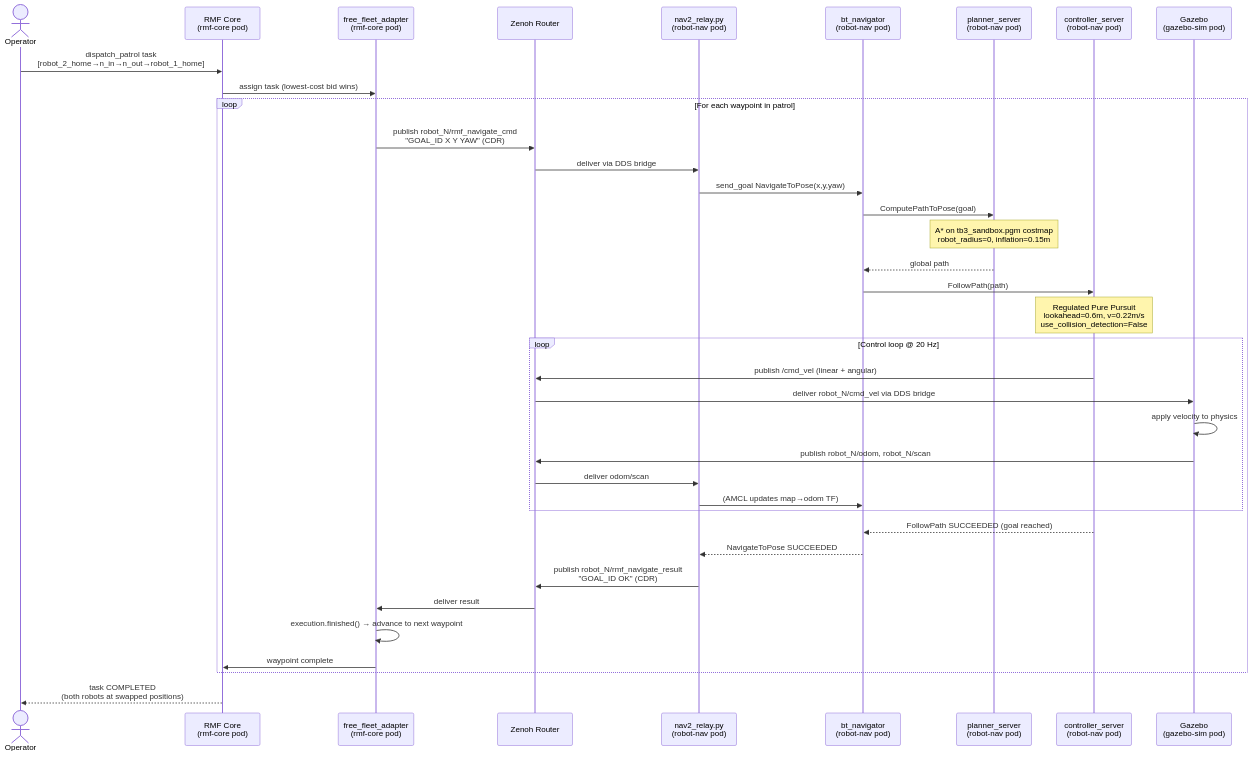
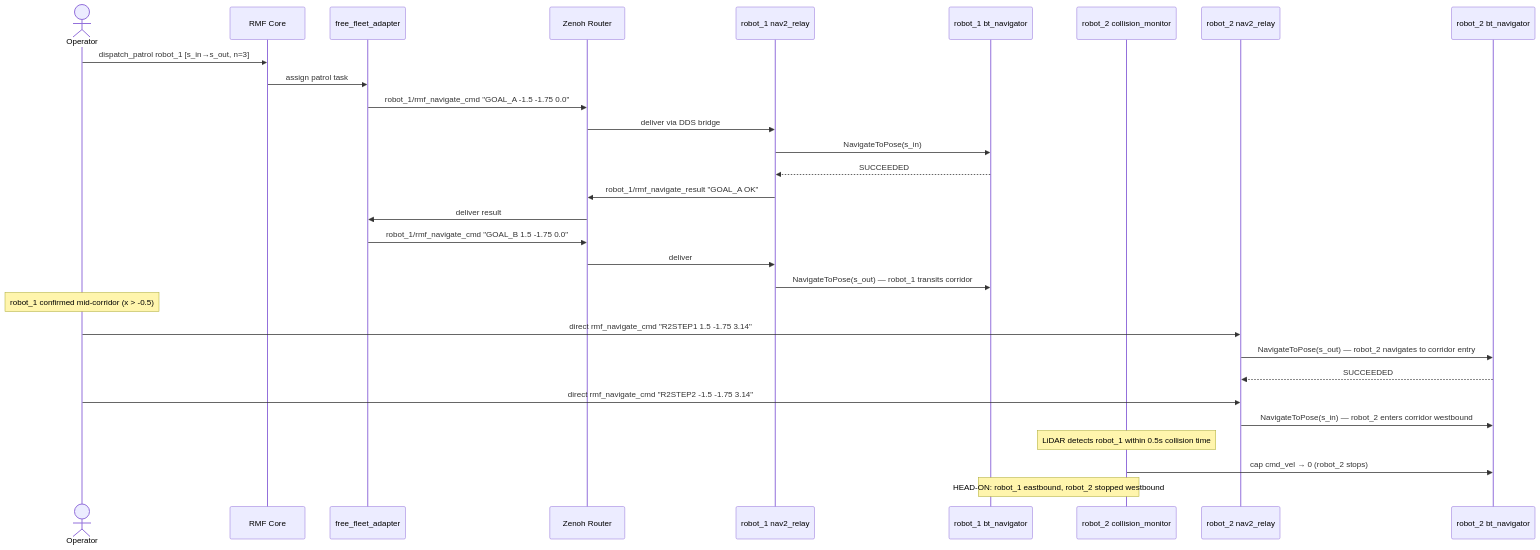
The diagram in README.md (jianrongzhang89/robots-demo-platform-openshift), drawn with Mermaid before and after one commit. The commit also changed other lines of this file, not shown here.

First line of the commit message:
docs: rewrite README for hybrid RMF+Nav2 LiDAR collision avoidance demo

````diff
--- a/README.md
+++ b/README.md
@@ -43,49 +103,38 @@
 ```mermaid
 sequenceDiagram
     actor Operator
-    participant RMF as RMF Core<br/>(rmf-core pod)
-    participant FA  as free_fleet_adapter<br/>(rmf-core pod)
+    participant RMF as RMF Core
+    participant FA  as free_fleet_adapter
     participant Z   as Zenoh Router
-    participant NR  as nav2_relay.py<br/>(robot-nav pod)
-    participant BT  as bt_navigator<br/>(robot-nav pod)
-    participant PL  as planner_server<br/>(robot-nav pod)
-    participant CT  as controller_server<br/>(robot-nav pod)
-    participant GZ  as Gazebo<br/>(gazebo-sim pod)
+    participant R1  as robot_1 nav2_relay
+    participant BT1 as robot_1 bt_navigator
+    participant CM2 as robot_2 collision_monitor
+    participant R2  as robot_2 nav2_relay
+    participant BT2 as robot_2 bt_navigator
 
-    Operator->>RMF: dispatch_patrol task<br/>[robot_2_home→n_in→n_out→robot_1_home]
+    Operator->>RMF: dispatch_patrol robot_1 [s_in→s_out, n=3]
+    RMF->>FA: assign patrol task
+    FA->>Z: robot_1/rmf_navigate_cmd "GOAL_A -1.5 -1.75 0.0"
+    Z->>R1: deliver via DDS bridge
+    R1->>BT1: NavigateToPose(s_in)
+    BT1-->>R1: SUCCEEDED
+    R1->>Z: robot_1/rmf_navigate_result "GOAL_A OK"
+    Z->>FA: deliver result
+    FA->>Z: robot_1/rmf_navigate_cmd "GOAL_B 1.5 -1.75 0.0"
+    Z->>R1: deliver
+    R1->>BT1: NavigateToPose(s_out) — robot_1 transits corridor
 
-    RMF->>FA: assign task (lowest-cost bid wins)
+    Note over Operator: robot_1 confirmed mid-corridor (x > -0.5)
 
-    loop For each waypoint in patrol
-        FA->>Z: publish robot_N/rmf_navigate_cmd<br/>"GOAL_ID X Y YAW" (CDR)
-        Z->>NR: deliver via DDS bridge
-        NR->>BT: send_goal NavigateToPose(x,y,yaw)
+    Operator->>R2: direct rmf_navigate_cmd "R2STEP1 1.5 -1.75 3.14"
+    R2->>BT2: NavigateToPose(s_out) — robot_2 navigates to corridor entry
+    BT2-->>R2: SUCCEEDED
 
-        BT->>PL: ComputePathToPose(goal)
-        Note over PL: A* on tb3_sandbox.pgm costmap<br/>robot_radius=0, inflation=0.15m
-        PL-->>BT: global path
+    Operator->>R2: direct rmf_navigate_cmd "R2STEP2 -1.5 -1.75 3.14"
+    R2->>BT2: NavigateToPose(s_in) — robot_2 enters corridor westbound
 
-        BT->>CT: FollowPath(path)
-        Note over CT: Regulated Pure Pursuit<br/>lookahead=0.6m, v=0.22m/s<br/>use_collision_detection=False
+    Note over CM2: LiDAR detects robot_1 within 0.5s collision time
+    CM2->>BT2: cap cmd_vel → 0  (robot_2 stops)
 
-        loop Control loop @ 20 Hz
-            CT->>Z: publish /cmd_vel (linear + angular)
-            Z->>GZ: deliver robot_N/cmd_vel via DDS bridge
-            GZ->>GZ: apply velocity to physics
-
-            GZ->>Z: publish robot_N/odom, robot_N/scan
-            Z->>NR: deliver odom/scan
-            NR->>BT: (AMCL updates map→odom TF)
-        end
-
-        CT-->>BT: FollowPath SUCCEEDED (goal reached)
-        BT-->>NR: NavigateToPose SUCCEEDED
-
-        NR->>Z: publish robot_N/rmf_navigate_result<br/>"GOAL_ID OK" (CDR)
-        Z->>FA: deliver result
-        FA->>FA: execution.finished() → advance to next waypoint
-        FA->>RMF: waypoint complete
-    end
-
-    RMF-->>Operator: task COMPLETED<br/>(both robots at swapped positions)
+    Note over BT1,CM2: HEAD-ON: robot_1 eastbound, robot_2 stopped westbound
 ```
````
